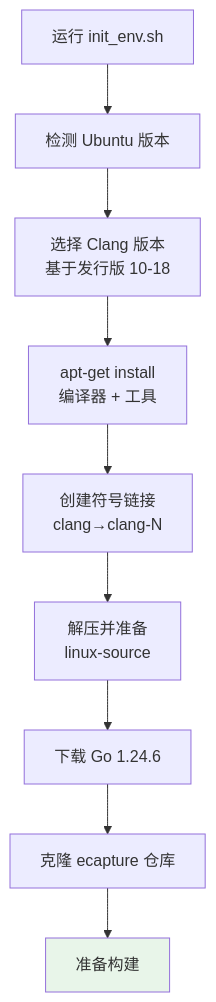
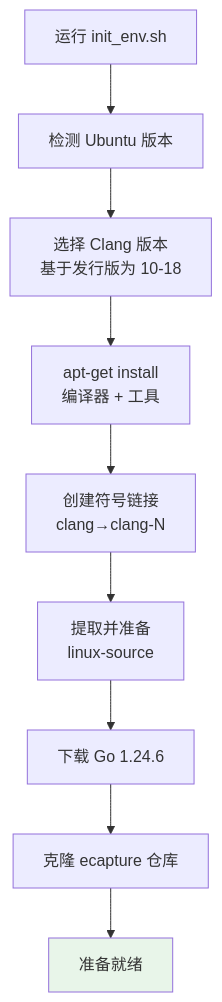
The eighth of 9 diagrams in src/zh/1-overview/1.3-dependencies-and-system-requirements.md (gojue/ecapture.cc), drawn with Mermaid before and after one commit. The commit also changed other lines of this file and 70 other files, not shown here.

Commit message:
feat: update sidebar and navigation links for architecture and shell command auditing sections

````diff
--- a/src/zh/1-overview/1.3-dependencies-and-system-requirements.md
+++ b/src/zh/1-overview/1.3-dependencies-and-system-requirements.md
@@ -353,23 +450,23 @@
 ```mermaid
 graph TD
     START["运行 init_env.sh"]
     DETECT["检测 Ubuntu 版本"]
-    SELECT_CLANG["选择 Clang 版本<br/>基于发行版 10-18"]
+    SELECT_CLANG["选择 Clang 版本<br/>基于发行版为 10-18"]
     INSTALL_DEPS["apt-get install<br/>编译器 + 工具"]
     SYMLINK["创建符号链接<br/>clang→clang-N"]
-    PREPARE_KERNEL["解压并准备<br/>linux-source"]
+    PREPARE_KERNEL["提取并准备<br/>linux-source"]
     INSTALL_GO["下载 Go 1.24.6"]
     CLONE["克隆 ecapture 仓库"]
-    DONE["准备构建"]
+    DONE["准备就绪"]
     
     START --> DETECT
     DETECT --> SELECT_CLANG
     SELECT_CLANG --> INSTALL_DEPS
     INSTALL_DEPS --> SYMLINK
     SYMLINK --> PREPARE_KERNEL
     PREPARE_KERNEL --> INSTALL_GO
     INSTALL_GO --> CLONE
     CLONE --> DONE
     
     style DONE fill:#e8f5e9
 ```
````
